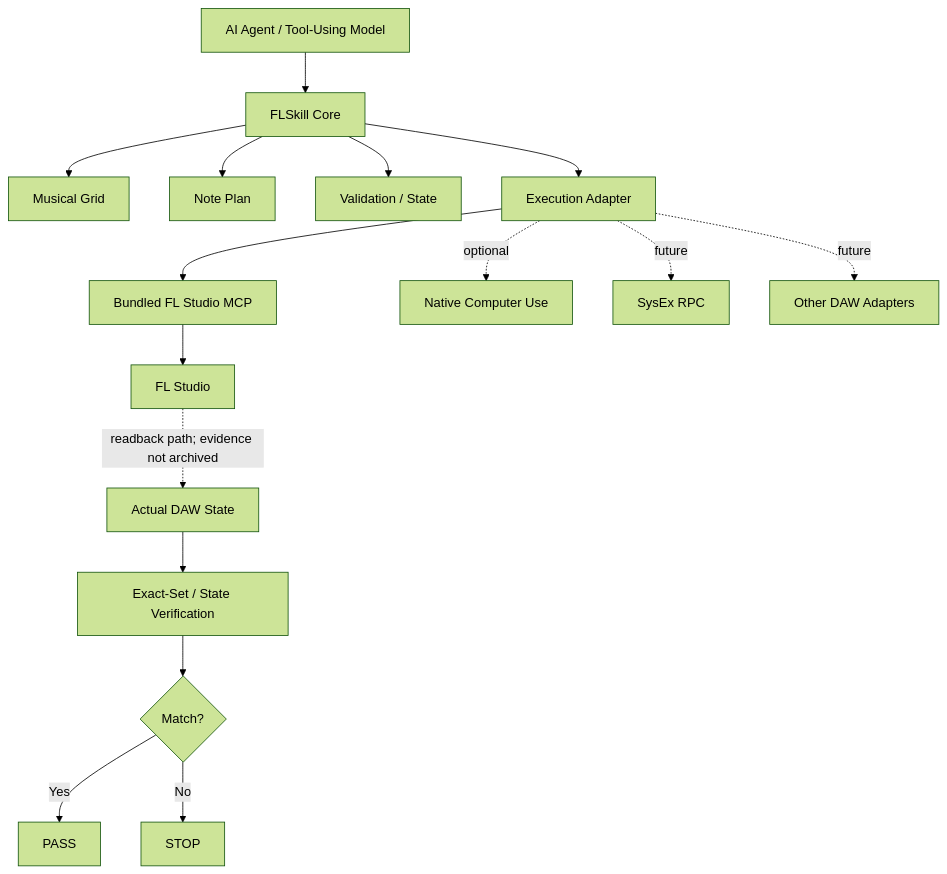
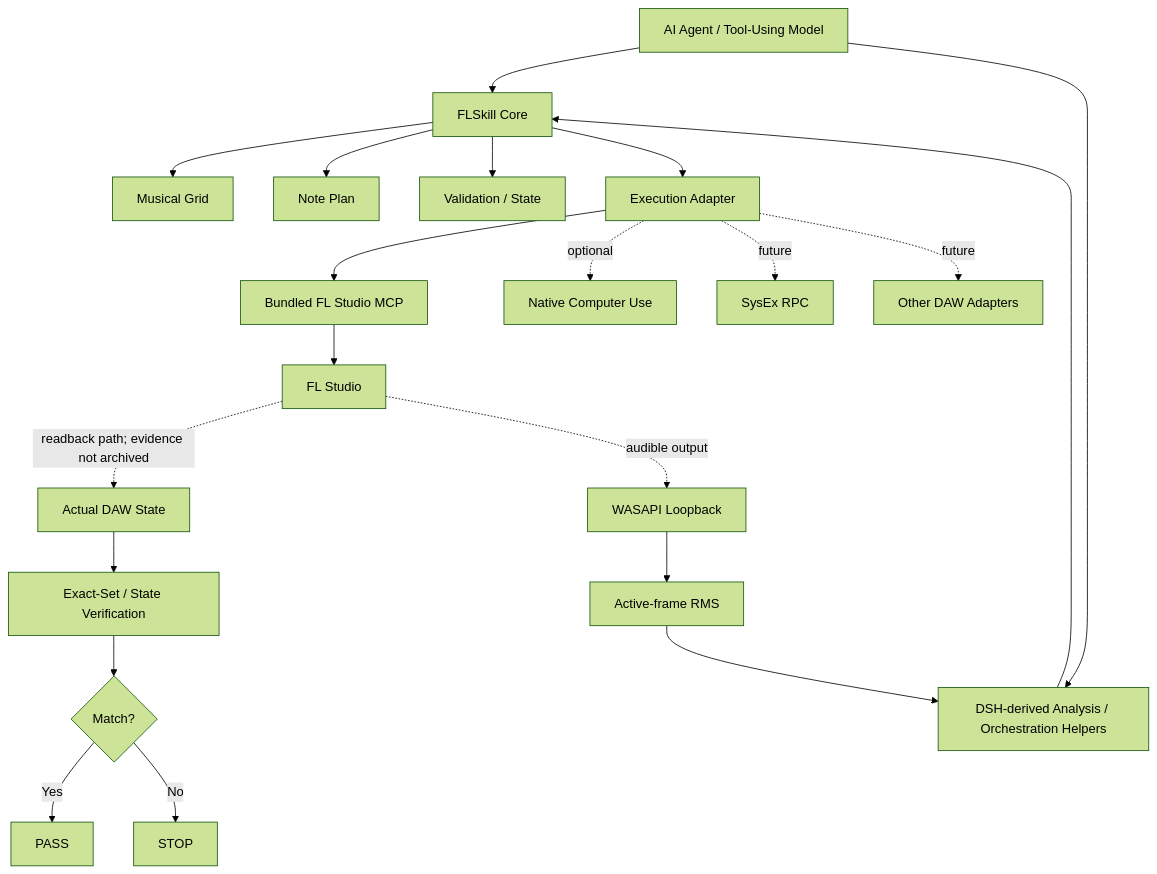
The diagram in README.md (ryurikoneko/DAWLoop), drawn with Mermaid (forest theme) before and after one commit. The commit also changed other lines of this file, not shown here.

Commit message:
docs: surface DSH pipeline integration on project homepage

````diff
--- a/README.md
+++ b/README.md
@@ -45,18 +48,23 @@
 ```mermaid
 flowchart TD
     A[AI Agent / Tool-Using Model] --> B[FLSkill Core]
+    A --> Q[DSH-derived Analysis / Orchestration Helpers]
+    Q --> B
     B --> C[Musical Grid]
     B --> D[Note Plan]
     B --> E[Validation / State]
     B --> F[Execution Adapter]
     F --> G[Bundled FL Studio MCP]
     F -. optional .-> H[Native Computer Use]
     F -. future .-> I[SysEx RPC]
     F -. future .-> J[Other DAW Adapters]
     G --> K[FL Studio]
     K -. readback path; evidence not archived .-> L[Actual DAW State]
     L --> M[Exact-Set / State Verification]
     M --> N{Match?}
     N -->|Yes| O[PASS]
     N -->|No| P[STOP]
+    K -. audible output .-> R[WASAPI Loopback]
+    R --> S[Active-frame RMS]
+    S --> Q
 ```
````
